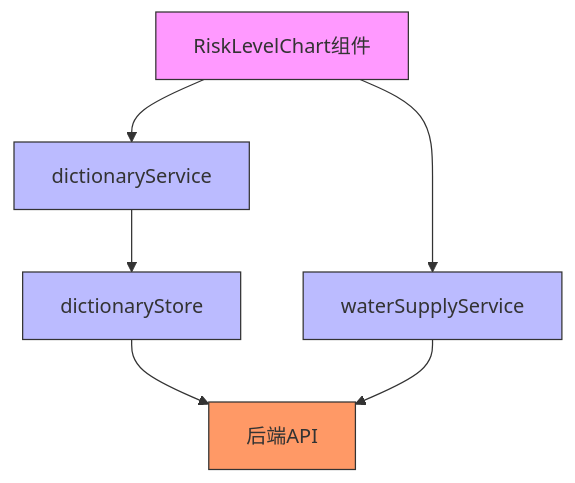
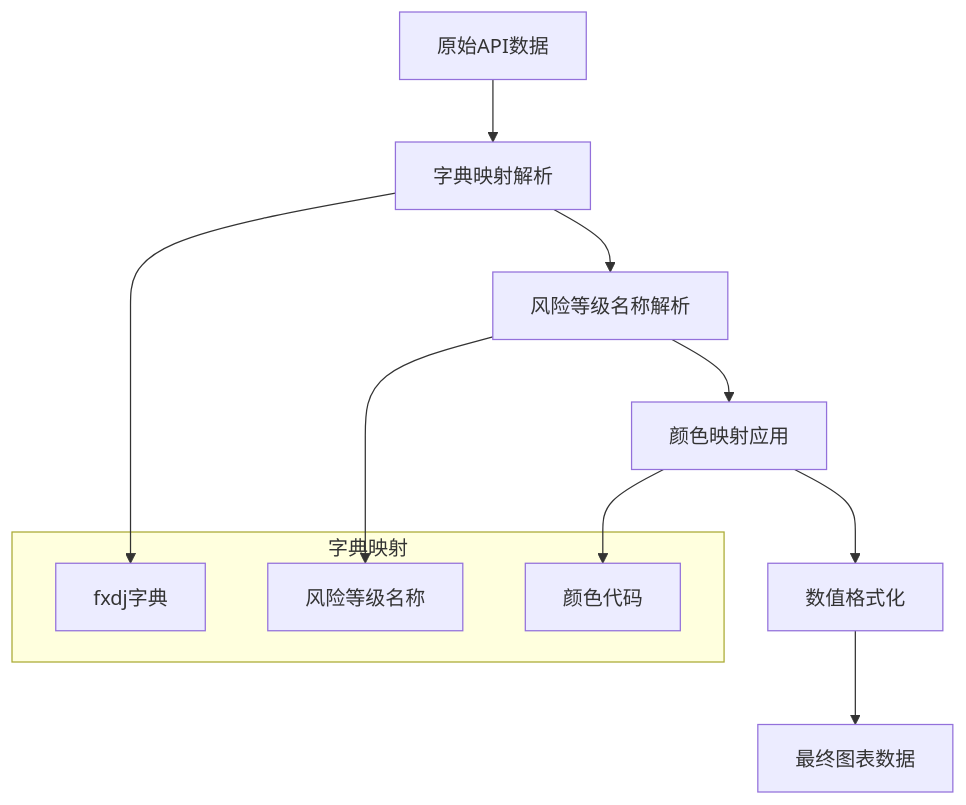
One commit to zhibo1997/government-dashboard changed the seventh of 13 diagrams in .qoder/repowiki/zh/content/核心组件架构/风险等级图表组件.md. Above: the diagram before and after it, drawn with Mermaid. The commit also changed other lines of this file and 28 other files, not shown here.

````diff
--- a/.qoder/repowiki/zh/content/核心组件架构/风险等级图表组件.md
+++ b/.qoder/repowiki/zh/content/核心组件架构/风险等级图表组件.md
@@ -175,13 +279,16 @@
 ```mermaid
 flowchart TD
-A[RiskLevelChart组件] --> B[waterSupplyService]
-A --> C[dictionaryService]
-C --> D[dictionaryStore]
-D --> E[后端API]
-B --> E
-style A fill:#f9f,stroke:#333
-style B fill:#bbf,stroke:#333
-style C fill:#bbf,stroke:#333
-style D fill:#bbf,stroke:#333
-style E fill:#f96,stroke:#333
+A[原始API数据] --> B[字典映射解析]
+B --> C[风险等级名称解析]
+C --> D[颜色映射应用]
+D --> E[数值格式化]
+E --> F[最终图表数据]
+subgraph "字典映射"
+G[fxdj字典]
+H[风险等级名称]
+I[颜色代码]
+end
+B --> G
+C --> H
+D --> I
 ```
````
